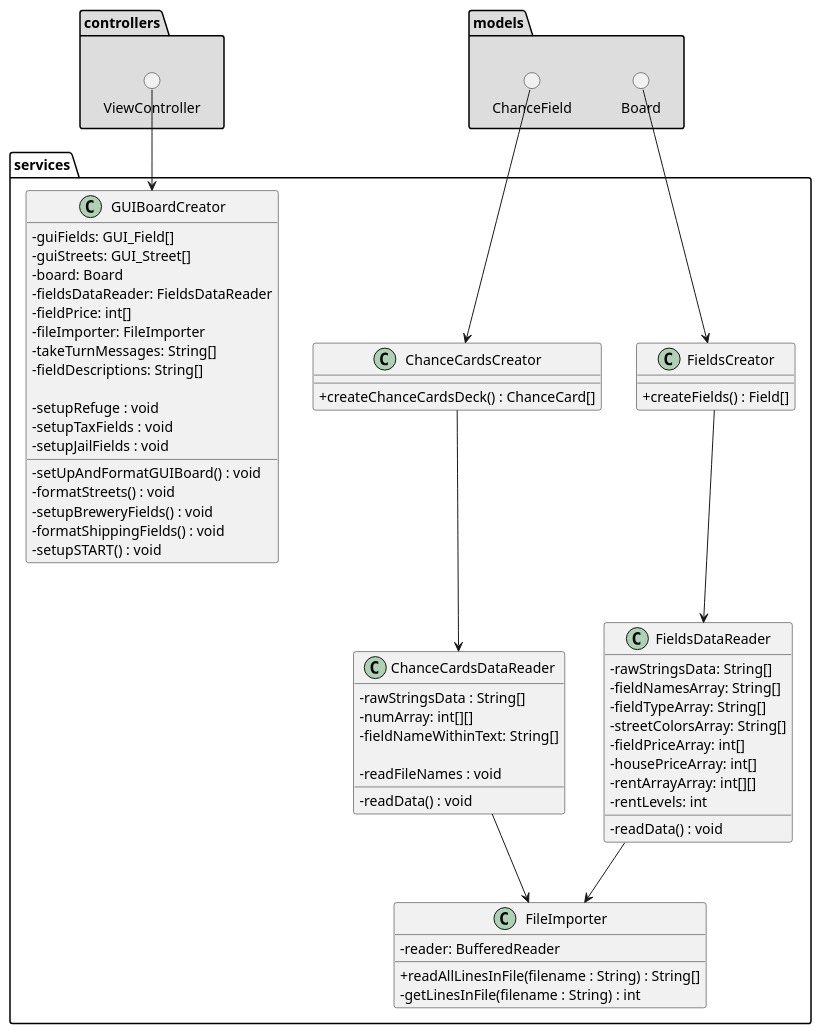
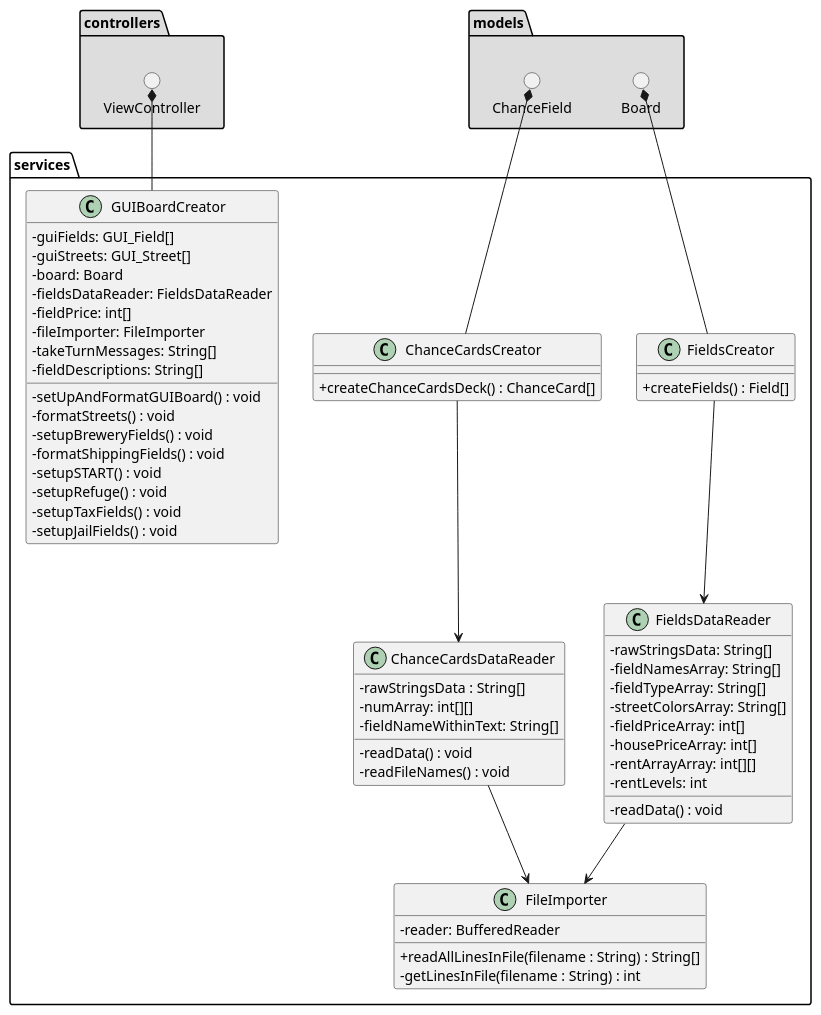
Before and after one commit to GabeKierk889/gruppe-18: the diagram in 18_final/UML/DesignClassDiagram/Package Services.puml, drawn with PlantUML. The commit also changed 2 other files, not shown here.

Commit message:
updated diagrams and corrected some associations.

```diff
--- a/18_final/UML/DesignClassDiagram/Package Services.puml
+++ b/18_final/UML/DesignClassDiagram/Package Services.puml
@@ -1,80 +1,80 @@
 @startuml
 'https://plantuml.com/class-diagram
 skinparam classAttributeIconSize 0
 
 package controllers #DDDDDD {
 () ViewController
 }
 
 package models #DDDDDD {
 () Board
 () ChanceField
 }
 
 package services {
 
 class FileImporter {
     -reader: BufferedReader
 
     +readAllLinesInFile(filename : String) : String[]
     -getLinesInFile(filename : String) : int
 }
 class FieldsDataReader {
     -rawStringsData: String[]
     -fieldNamesArray: String[]
     -fieldTypeArray: String[]
     -streetColorsArray: String[]
     -fieldPriceArray: int[]
     -housePriceArray: int[]
     -rentArrayArray: int[][]
     -rentLevels: int
 
     -readData() : void
 }
 class FieldsCreator {
     +createFields() : Field[]
 }
 class ChanceCardsDataReader {
     -rawStringsData : String[]
     -numArray: int[][]
     -fieldNameWithinText: String[]
 
     -readData() : void
-    -readFileNames : void
+    -readFileNames() : void
 
 }
 class ChanceCardsCreator {
     +createChanceCardsDeck() : ChanceCard[]
 }
 
 class GUIBoardCreator {
     -guiFields: GUI_Field[]
     -guiStreets: GUI_Street[]
     -board: Board
     -fieldsDataReader: FieldsDataReader
     -fieldPrice: int[]
     -fileImporter: FileImporter
     -takeTurnMessages: String[]
     -fieldDescriptions: String[]
 
     -setUpAndFormatGUIBoard() : void
     -formatStreets() : void
     -setupBreweryFields() : void
     -formatShippingFields() : void
     -setupSTART() : void
-    -setupRefuge : void
-    -setupTaxFields : void
-    -setupJailFields : void
+    -setupRefuge() : void
+    -setupTaxFields() : void
+    -setupJailFields() : void
 }
 
 }
 
-ChanceField --> ChanceCardsCreator
-ViewController --> GUIBoardCreator
-Board --> FieldsCreator
+ChanceField *-- ChanceCardsCreator
+ViewController *-- GUIBoardCreator
+Board *-- FieldsCreator
 FieldsDataReader --> FileImporter
 ChanceCardsDataReader --> FileImporter
 FieldsCreator --> FieldsDataReader
 ChanceCardsCreator --> ChanceCardsDataReader
 
 @enduml
```
